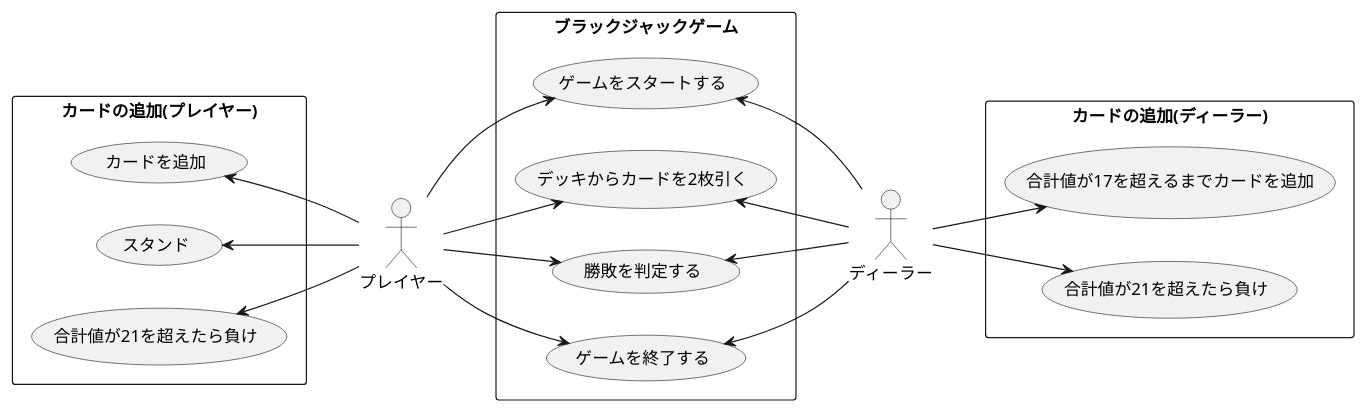
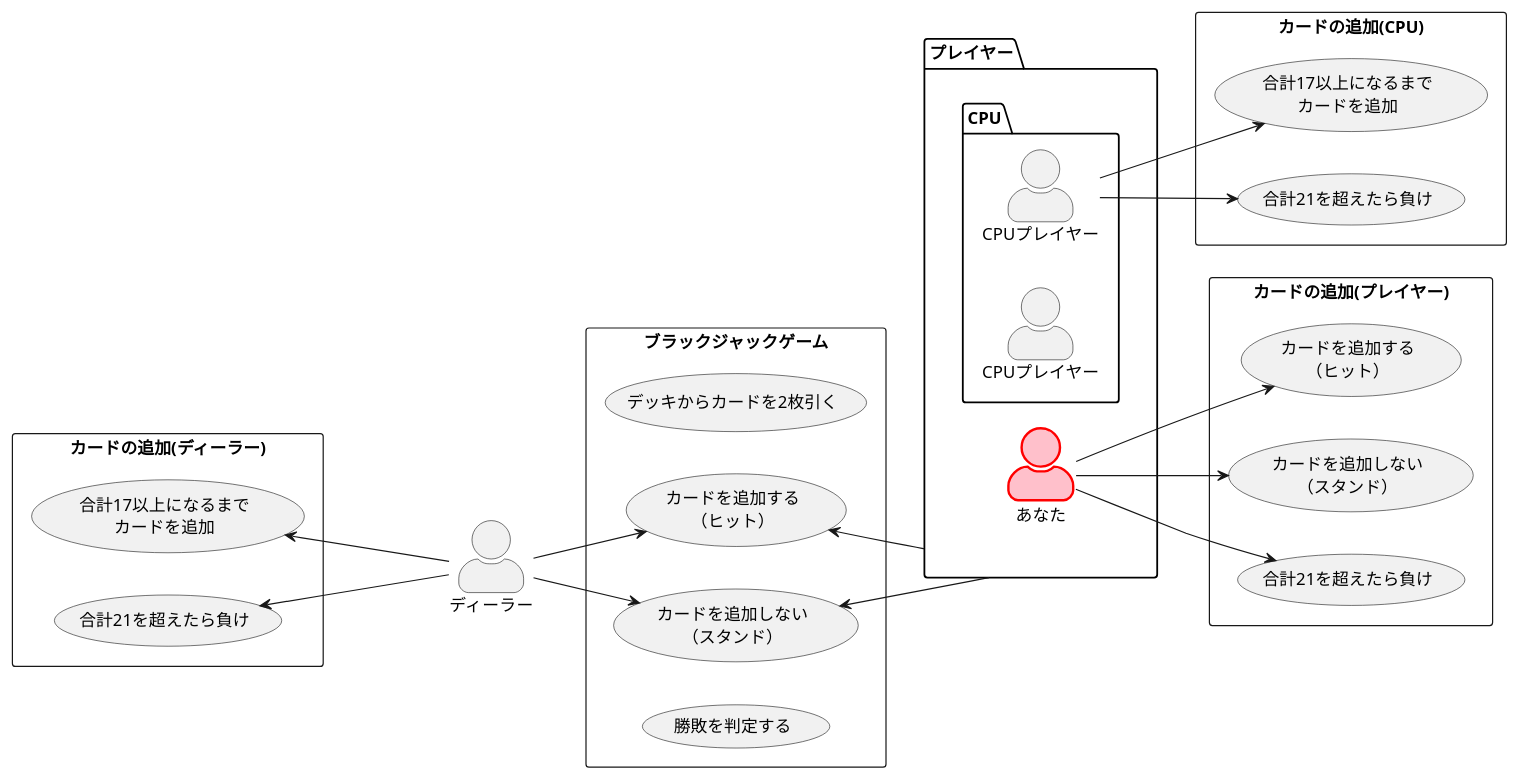
The diagram in uml/use-case.pu (mariko-mr/blackjack), drawn with PlantUML before and after one commit. The commit also changed 2 other files, not shown here.

```diff
--- a/uml/use-case.pu
+++ b/uml/use-case.pu
@@ -1,41 +1,54 @@
 @startuml blackjack
 
 left to right direction
+skinparam actorStyle awesome
 
-actor "プレイヤー" as user1
-actor "ディーラー" as user2
+actor "ディーラー" as d
 
-rectangle ブラックジャックゲーム {
-  usecase "ゲームをスタートする" as UC1
-  usecase "デッキからカードを2枚引く" as UC2
-  usecase "勝敗を判定する" as UC3
-  usecase "ゲームを終了する" as UC4
+package プレイヤー as p{
+  actor "あなた" as you #pink;line:red;line.bold;
+  package CPU as cpu{
+    actor "CPUプレイヤー" as cpu1
+    actor "CPUプレイヤー" as cpu2
+    }
+}
+
+rectangle ブラックジャックゲーム as game{
+  usecase "デッキからカードを2枚引く" as UC1
+  usecase "カードを追加する\n（ヒット）" as UC2
+  usecase "カードを追加しない\n（スタンド）" as UC3
+  usecase "勝敗を判定する" as UC4
+}
+
+rectangle カードの追加(ディーラー) {
+  usecase "合計21を超えたら負け" as UC_d_card1
+  usecase "合計17以上になるまで\nカードを追加" as UC_d_card2
 }
 
 rectangle カードの追加(プレイヤー) {
-  usecase "カードを追加" as UC_player_card1
-  usecase "スタンド" as UC_player_card2
-  usecase "合計値が21を超えたら負け" as UC_player_card3
+  usecase "カードを追加する\n（ヒット）" as UC_you_card1
+  usecase "カードを追加しない\n（スタンド）" as UC_you_card2
+  usecase "合計21を超えたら負け" as UC_you_card3
 }
 
-rectangle カードの追加(ディーラー) {
-  usecase "合計値が17を超えるまでカードを追加" as UC_dealer_card1
-  usecase "合計値が21を超えたら負け" as UC_dealer_card2
+rectangle カードの追加(CPU) {
+  usecase "合計17以上になるまで\nカードを追加" as UC_cpu_card1
+  usecase "合計21を超えたら負け" as UC_cpu_card2
 }
 
-user1 --> UC1
-user1 --> UC2
-user1 --> UC3
-user1 --> UC4
-UC_player_card1 <-- user1
-UC_player_card2 <-- user1
-UC_player_card3 <-- user1
+d --> UC2
+d --> UC3
+UC2 <-- p
+UC3 <-- p
 
-UC1 <-- user2
-UC2 <-- user2
-UC3 <-- user2
-UC4 <-- user2
-user2 --> UC_dealer_card1
-user2 --> UC_dealer_card2
+d -up--> UC_d_card1
+d --> UC_d_card2
+
+you --> UC_you_card1
+you --> UC_you_card2
+you --> UC_you_card3
+
+cpu2 -right--> UC_cpu_card1
+cpu2 --> UC_cpu_card2
 
 @enduml
```
